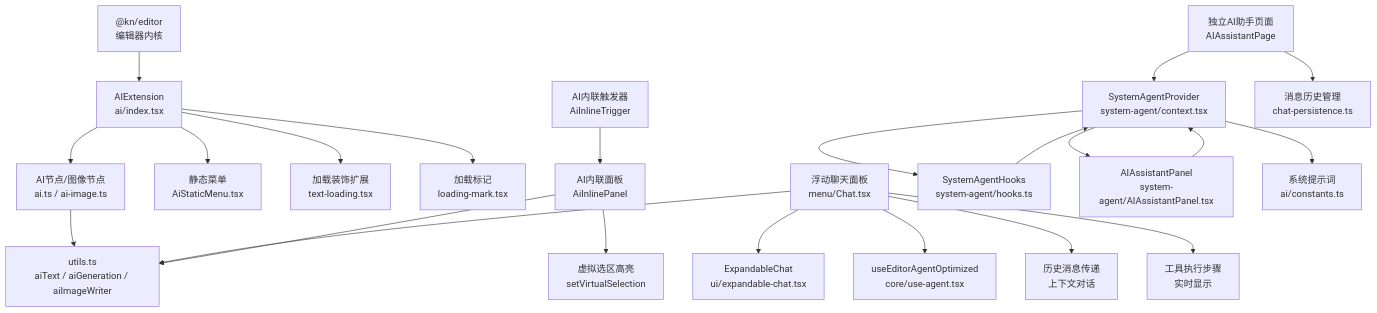
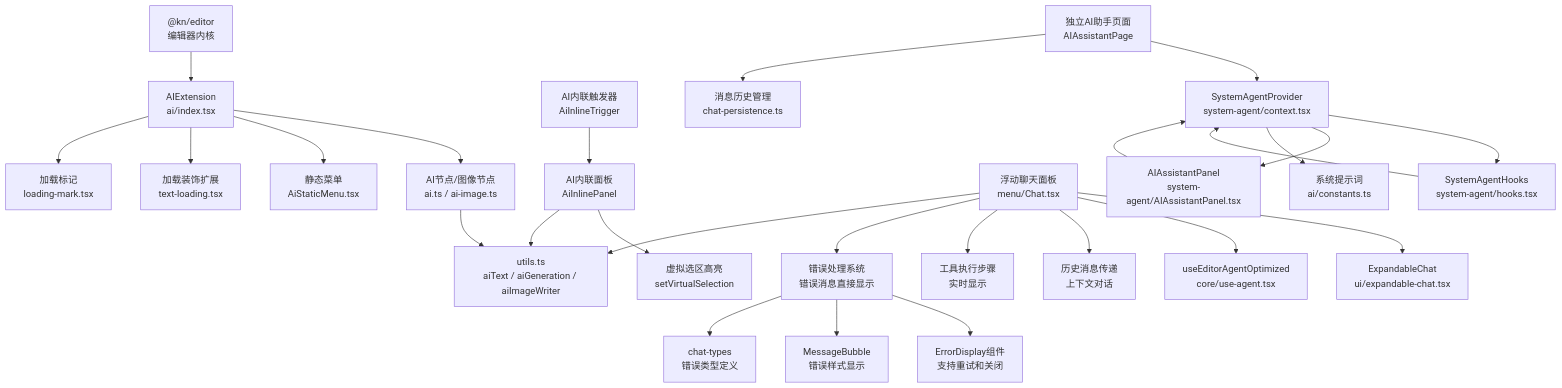
The second of 17 diagrams in .qoder/repowiki/zh/content/功能模块/AI插件/AI聊天界面.md (LRF0422/Kotion), drawn with Mermaid before and after one commit. The commit also changed other lines of this file and 34 other files, not shown here.

````diff
--- a/.qoder/repowiki/zh/content/功能模块/AI插件/AI聊天界面.md
+++ b/.qoder/repowiki/zh/content/功能模块/AI插件/AI聊天界面.md
@@ -211,24 +225,28 @@
 ```mermaid
 graph TB
 Editor["@kn/editor<br/>编辑器内核"] --> Ext["AIExtension<br/>ai/index.tsx"]
 Ext --> Nodes["AI节点/图像节点<br/>ai.ts / ai-image.ts"]
 Ext --> Menu["静态菜单<br/>AiStaticMenu.tsx"]
 Ext --> Decor["加载装饰扩展<br/>text-loading.tsx"]
 Ext --> Marks["加载标记<br/>loading-mark.tsx"]
 InlineTrigger["AI内联触发器<br/>AiInlineTrigger"] --> InlinePanel["AI内联面板<br/>AiInlinePanel"]
 InlinePanel --> VirtualSelection["虚拟选区高亮<br/>setVirtualSelection"]
 ChatPanel["浮动聊天面板<br/>menu/Chat.tsx"] --> UIComp["ExpandableChat<br/>ui/expandable-chat.tsx"]
 ChatPanel --> Agent["useEditorAgentOptimized<br/>core/use-agent.tsx"]
 ChatPanel --> History["历史消息传递<br/>上下文对话"]
 ChatPanel --> Steps["工具执行步骤<br/>实时显示"]
+ChatPanel --> ErrorHandling["错误处理系统<br/>错误消息直接显示"]
 Nodes --> Utils["utils.ts<br/>aiText / aiGeneration / aiImageWriter"]
 ChatPanel --> Utils
 InlinePanel --> Utils
 SystemPage["独立AI助手页面<br/>AIAssistantPage"] --> SystemContext["SystemAgentProvider<br/>system-agent/context.tsx"]
-SystemContext --> SystemHooks["SystemAgentHooks<br/>system-agent/hooks.ts"]
+SystemContext --> SystemHooks["SystemAgentHooks<br/>system-agent/hooks.tsx"]
 SystemContext --> SystemPanel["AIAssistantPanel<br/>system-agent/AIAssistantPanel.tsx"]
 SystemContext --> SystemConstants["系统提示词<br/>ai/constants.ts"]
 SystemPage --> ChatPersistence["消息历史管理<br/>chat-persistence.ts"]
 SystemHooks --> SystemContext
 SystemPanel --> SystemContext
+ErrorHandling --> ErrorDisplay["ErrorDisplay组件<br/>支持重试和关闭"]
+ErrorHandling --> MessageBubble["MessageBubble<br/>错误样式显示"]
+ErrorHandling --> ChatTypes["chat-types<br/>错误类型定义"]
 ```
````
